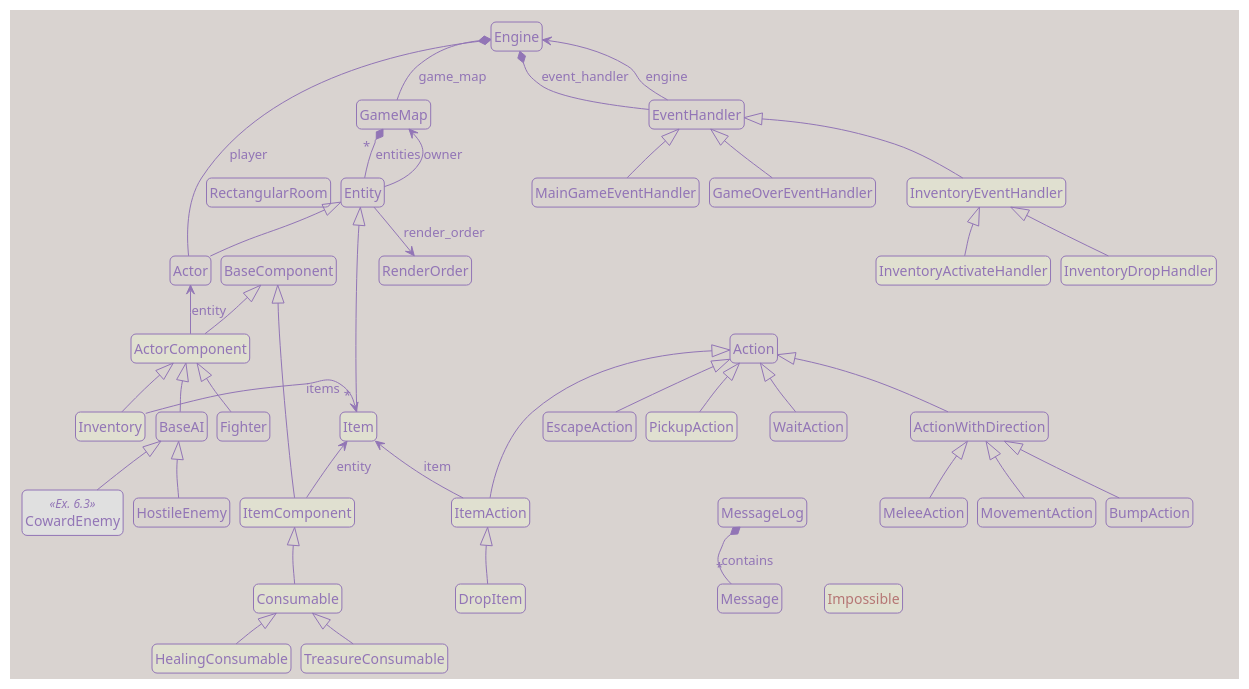
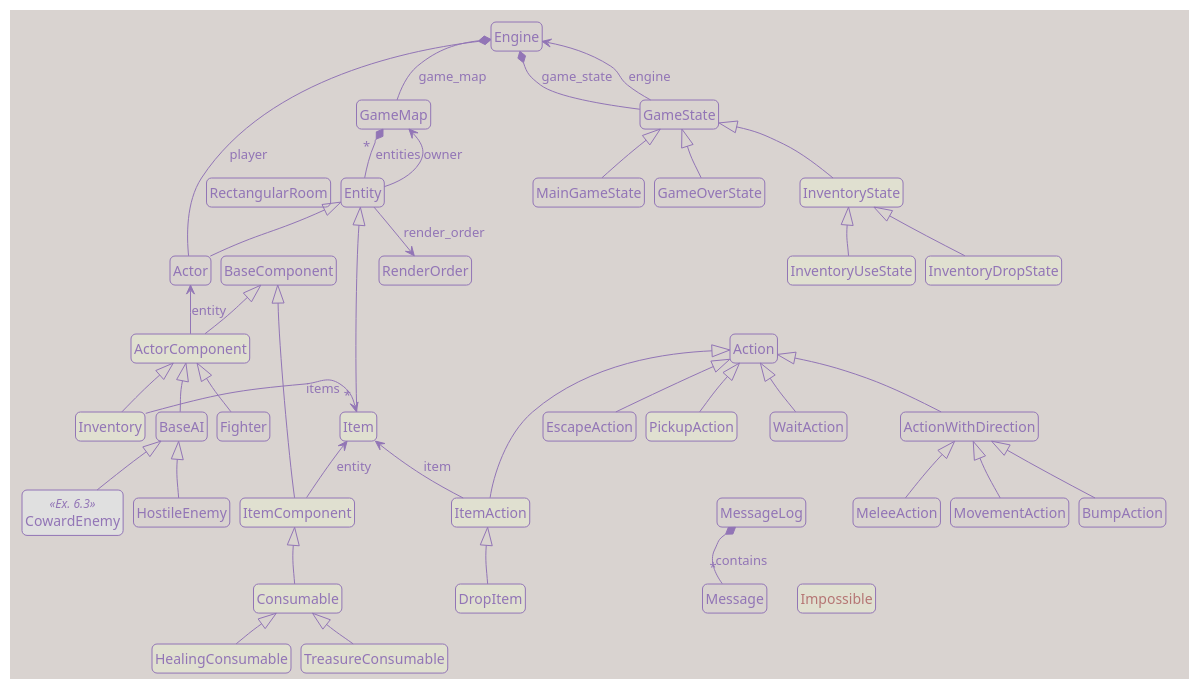
Before and after one commit to Darky-Lucera/roguelike-tutorials-website: the diagram in content/tutorials/tcod/v3/uml/part8_classes.puml, drawn with PlantUML. The commit also changed 21 other files, not shown here.

```diff
--- a/content/tutorials/tcod/v3/uml/part8_classes.puml
+++ b/content/tutorials/tcod/v3/uml/part8_classes.puml
@@ -53,7 +53,7 @@
 class "GameMap" as game.map.game_map.GameMap {
 }
 
-class "EventHandler" as game.input_handlers.EventHandler {
+class "GameState" as game.game_states.GameState {
 }
 
 class "Action" as game.actions.Action {
@@ -86,19 +86,19 @@
 class "<color:#b57674>Impossible</color>" as game.exceptions.Impossible #e0e0d0 {
 }
 
-class "MainGameEventHandler" as game.input_handlers.MainGameEventHandler {
+class "MainGameState" as game.game_states.MainGameState {
 }
 
-class "GameOverEventHandler" as game.input_handlers.GameOverEventHandler {
+class "GameOverState" as game.game_states.GameOverState {
 }
 
-class "InventoryEventHandler" as game.input_handlers.InventoryEventHandler #e0e0d0 {
+class "InventoryState" as game.game_states.InventoryState #e0e0d0 {
 }
 
-class "InventoryActivateHandler" as game.input_handlers.InventoryActivateHandler #e0e0d0 {
+class "InventoryUseState" as game.game_states.InventoryUseState #e0e0d0 {
 }
 
-class "InventoryDropHandler" as game.input_handlers.InventoryDropHandler #e0e0d0 {
+class "InventoryDropState" as game.game_states.InventoryDropState #e0e0d0 {
 }
 
 class "ActionWithDirection" as game.actions.ActionWithDirection {
@@ -188,17 +188,17 @@
 game.entities.components.consumable.Consumable <|-- game.entities.components.consumable.HealingConsumable
 game.entities.components.consumable.Consumable <|-- game.entities.components.consumable.TreasureConsumable
 
-game.input_handlers.EventHandler <|-- game.input_handlers.MainGameEventHandler
-game.input_handlers.EventHandler <|-- game.input_handlers.GameOverEventHandler
-game.input_handlers.EventHandler <|-- game.input_handlers.InventoryEventHandler
-game.input_handlers.InventoryEventHandler <|-- game.input_handlers.InventoryActivateHandler
-game.input_handlers.InventoryEventHandler <|-- game.input_handlers.InventoryDropHandler
+game.game_states.GameState <|-- game.game_states.MainGameState
+game.game_states.GameState <|-- game.game_states.GameOverState
+game.game_states.GameState <|-- game.game_states.InventoryState
+game.game_states.InventoryState <|-- game.game_states.InventoryUseState
+game.game_states.InventoryState <|-- game.game_states.InventoryDropState
 
 ' Ownership / references / associations.
 game.engine.Engine *-- game.map.game_map.GameMap : game_map
 game.engine.Engine *-- game.entities.entity.Actor : player
-game.engine.Engine *-- game.input_handlers.EventHandler : event_handler
-game.input_handlers.EventHandler -up-> game.engine.Engine : engine
+game.engine.Engine *-- game.game_states.GameState : game_state
+game.game_states.GameState -up-> game.engine.Engine : engine
 
 game.map.game_map.GameMap "  *  " *-- game.entities.entity.Entity : entities
 game.entities.entity.Entity -up-> game.map.game_map.GameMap : owner
@@ -218,14 +218,14 @@
 
 ' Engine should be the top anchor. Keep the main roots under it.
 game.engine.Engine -[hidden]down- game.map.game_map.GameMap
-game.engine.Engine -[hidden]down- game.input_handlers.EventHandler
+game.engine.Engine -[hidden]down- game.game_states.GameState
 game.engine.Engine -[hidden]down- game.actions.Action
 game.engine.Engine -[hidden]down- game.message_log.MessageLog
 game.engine.Engine -[hidden]down- game.exceptions.Impossible
 
 ' Main second row, left to right.
-game.map.game_map.GameMap -[hidden]right- game.input_handlers.EventHandler
-game.input_handlers.EventHandler -[hidden]right- game.actions.Action
+game.map.game_map.GameMap -[hidden]right- game.game_states.GameState
+game.game_states.GameState -[hidden]right- game.actions.Action
 game.actions.Action -[hidden]right- game.message_log.MessageLog
 
 ' Map and entity/component columns.
@@ -251,7 +251,7 @@
 game.actions.ActionWithDirection -[hidden]down- game.actions.MeleeAction
 game.actions.ActionWithDirection -[hidden]down- game.actions.MovementAction
 
-game.input_handlers.InventoryDropHandler -[hidden]down- game.actions.Action
+game.game_states.InventoryDropState -[hidden]down- game.actions.Action
 
 game.entities.components.base_component.BaseComponent -[hidden]down- game.entities.components.base_component.ItemComponent
 game.entities.components.base_component.BaseComponent -[hidden]down- game.entities.components.base_component.ActorComponent
@@ -267,12 +267,12 @@
 game.entities.components.consumable.Consumable -[hidden]down- game.entities.components.consumable.HealingConsumable
 game.entities.components.consumable.Consumable -[hidden]down- game.entities.components.consumable.TreasureConsumable
 
-game.input_handlers.EventHandler -[hidden]down- game.input_handlers.GameOverEventHandler
-game.input_handlers.EventHandler -[hidden]down- game.input_handlers.MainGameEventHandler
-game.input_handlers.EventHandler -[hidden]down- game.input_handlers.InventoryEventHandler
+game.game_states.GameState -[hidden]down- game.game_states.GameOverState
+game.game_states.GameState -[hidden]down- game.game_states.MainGameState
+game.game_states.GameState -[hidden]down- game.game_states.InventoryState
 
-game.input_handlers.InventoryEventHandler -[hidden]down- game.input_handlers.InventoryActivateHandler
-game.input_handlers.InventoryEventHandler -[hidden]down- game.input_handlers.InventoryDropHandler
+game.game_states.InventoryState -[hidden]down- game.game_states.InventoryUseState
+game.game_states.InventoryState -[hidden]down- game.game_states.InventoryDropState
 
 ' MessageLog should be above the messages
 game.message_log.MessageLog -[hidden]down- game.message_log.Message
```
